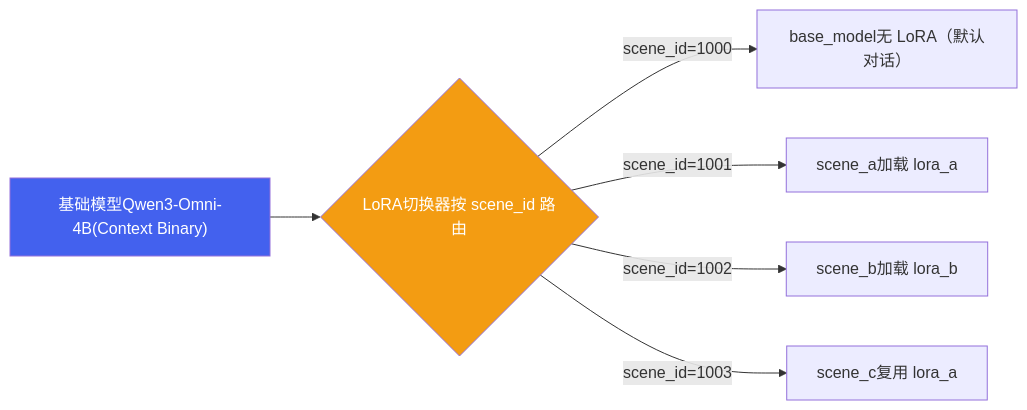
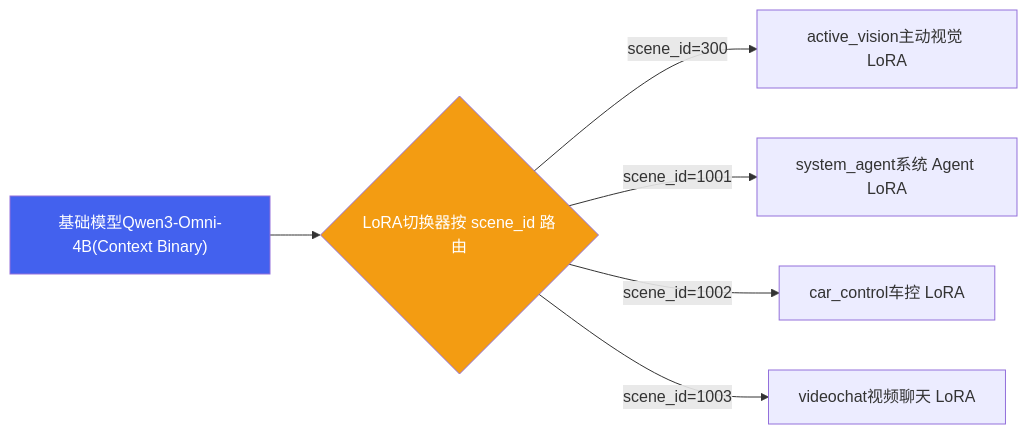
Before and after one commit to ranpin/edge-ai-docs: the eighth of 9 diagrams in cockpit/projects/agent-framework/deploy.md, drawn with Mermaid. The commit also changed other lines of this file and 1 other file, not shown here.

First line of the commit message:
docs(deploy+agent-group): 第二轮专家修订 — 主线核实修正 + 车控安全校验层 + 插件 ABI

````diff
--- a/cockpit/projects/agent-framework/deploy.md
+++ b/cockpit/projects/agent-framework/deploy.md
@@ -424,11 +469,11 @@
 ```mermaid
 flowchart LR
     BASE["基础模型Qwen3-Omni-4B(Context Binary)"] --> SW{"LoRA切换器按 scene_id 路由"}
-    SW -->|"scene_id=1000"| L0["base_model无 LoRA（默认对话）"]
-    SW -->|"scene_id=1001"| L1["scene_a加载 lora_a"]
-    SW -->|"scene_id=1002"| L2["scene_b加载 lora_b"]
-    SW -->|"scene_id=1003"| L3["scene_c复用 lora_a"]
+    SW -->|"scene_id=300"| L0["active_vision主动视觉 LoRA"]
+    SW -->|"scene_id=1001"| L1["system_agent系统 Agent LoRA"]
+    SW -->|"scene_id=1002"| L2["car_control车控 LoRA"]
+    SW -->|"scene_id=1003"| L3["videochat视频聊天 LoRA"]
 
     style BASE fill:#4361ee,color:#fff
     style SW fill:#f39c12,color:#fff
 ```
````
